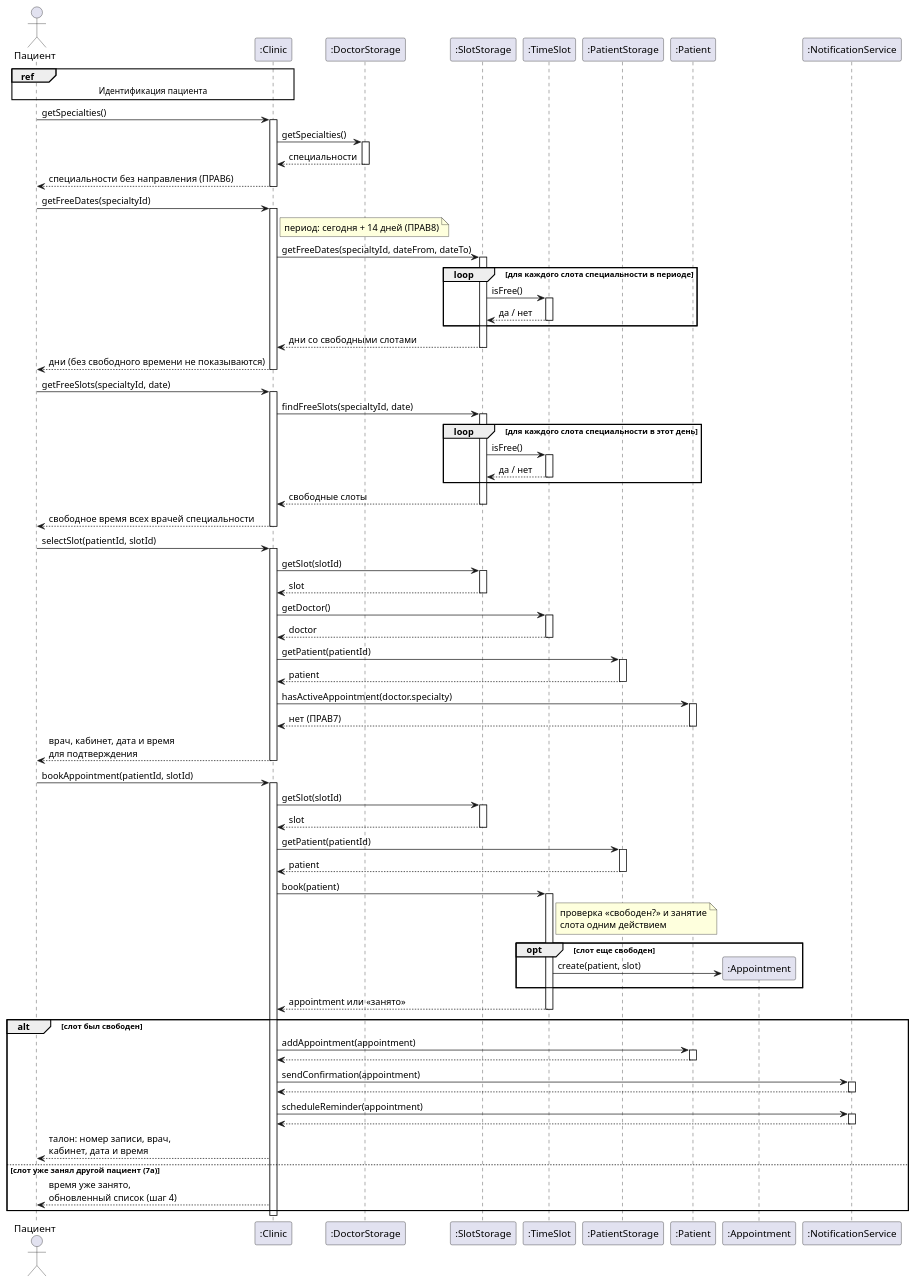
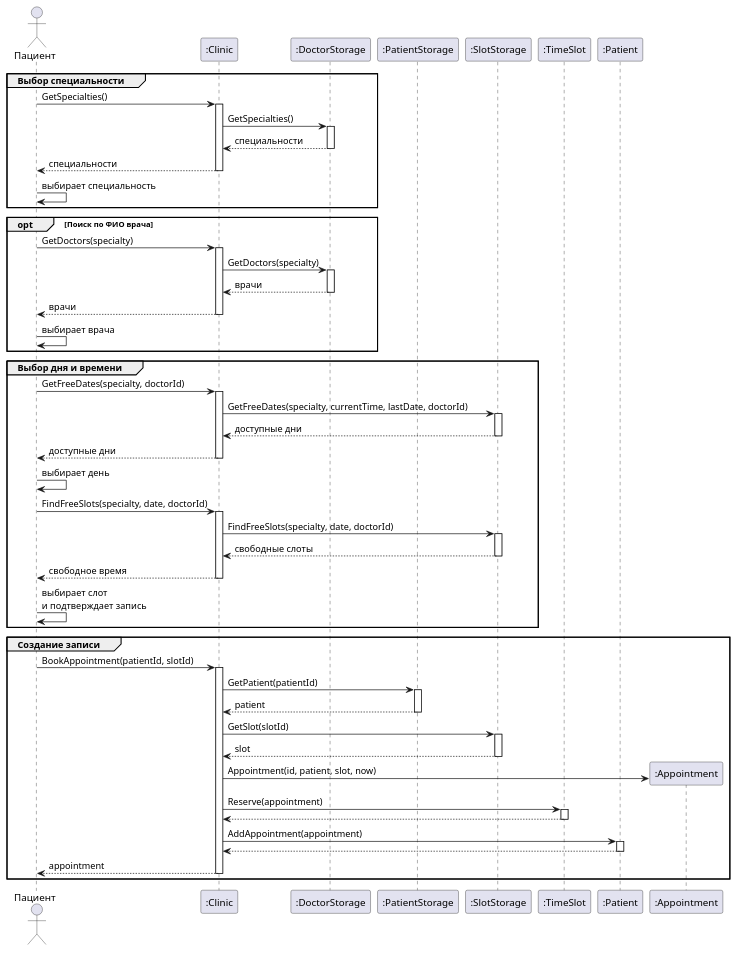
Before and after one commit to penamarth/bsbo-11-24_team3_var3_clinic: the diagram in Прецеденты/Запись на прием/Диаграмма последовательности Запись на прием.md, drawn with PlantUML. The commit also changed other lines of this file and 3 other files, not shown here.

Commit message:
docs: выбор специальности, врача и даты в диаграммах

````diff
--- a/Прецеденты/Запись на прием/Диаграмма последовательности Запись на прием.md
+++ b/Прецеденты/Запись на прием/Диаграмма последовательности Запись на прием.md
@@ -7,75 +9,57 @@
 ```plantuml
 @startuml booking-sequence
 actor Пациент
 participant ":Clinic" as C
 participant ":DoctorStorage" as DS
+participant ":PatientStorage" as PS
 participant ":SlotStorage" as SS
 participant ":TimeSlot" as Slot
-participant ":PatientStorage" as PS
 participant ":Patient" as P
 participant ":Appointment" as A
-participant ":NotificationService" as N
 
-ref over Пациент, C : Идентификация пациента
+group Выбор специальности
+  Пациент -> C ++ : GetSpecialties()
+  C -> DS ++ : GetSpecialties()
+  DS --> C -- : специальности
+  C --> Пациент -- : специальности
+  Пациент -> Пациент : выбирает специальность
+end
 
-Пациент -> C ++ : getSpecialties()
-C -> DS ++ : getSpecialties()
-DS --> C -- : специальности
-C --> Пациент -- : специальности без направления (ПРАВ6)
+opt Поиск по ФИО врача
+  Пациент -> C ++ : GetDoctors(specialty)
+  C -> DS ++ : GetDoctors(specialty)
+  DS --> C -- : врачи
+  C --> Пациент -- : врачи
+  Пациент -> Пациент : выбирает врача
+end
 
-Пациент -> C ++ : getFreeDates(specialtyId)
-note right of C : период: сегодня + 14 дней (ПРАВ8)
-C -> SS ++ : getFreeDates(specialtyId, dateFrom, dateTo)
-loop для каждого слота специальности в периоде
-  SS -> Slot ++ : isFree()
-  Slot --> SS -- : да / нет
+group Выбор дня и времени
+  Пациент -> C ++ : GetFreeDates(specialty, doctorId)
+  C -> SS ++ : GetFreeDates(specialty, currentTime, lastDate, doctorId)
+  SS --> C -- : доступные дни
+  C --> Пациент -- : доступные дни
+  Пациент -> Пациент : выбирает день
+
+  Пациент -> C ++ : FindFreeSlots(specialty, date, doctorId)
+  C -> SS ++ : FindFreeSlots(specialty, date, doctorId)
+  SS --> C -- : свободные слоты
+  C --> Пациент -- : свободное время
+  Пациент -> Пациент : выбирает слот\nи подтверждает запись
 end
-SS --> C -- : дни со свободными слотами
-C --> Пациент -- : дни (без свободного времени не показываются)
 
-Пациент -> C ++ : getFreeSlots(specialtyId, date)
-C -> SS ++ : findFreeSlots(specialtyId, date)
-loop для каждого слота специальности в этот день
-  SS -> Slot ++ : isFree()
-  Slot --> SS -- : да / нет
+group Создание записи
+  Пациент -> C ++ : BookAppointment(patientId, slotId)
+  C -> PS ++ : GetPatient(patientId)
+  PS --> C -- : patient
+  C -> SS ++ : GetSlot(slotId)
+  SS --> C -- : slot
+  C -> A ** : Appointment(id, patient, slot, now)
+  C -> Slot ++ : Reserve(appointment)
+  Slot --> C --
+  C -> P ++ : AddAppointment(appointment)
+  P --> C --
+  C --> Пациент -- : appointment
 end
-SS --> C -- : свободные слоты
-C --> Пациент -- : свободное время всех врачей специальности
-
-Пациент -> C ++ : selectSlot(patientId, slotId)
-C -> SS ++ : getSlot(slotId)
-SS --> C -- : slot
-C -> Slot ++ : getDoctor()
-Slot --> C -- : doctor
-C -> PS ++ : getPatient(patientId)
-PS --> C -- : patient
-C -> P ++ : hasActiveAppointment(doctor.specialty)
-P --> C -- : нет (ПРАВ7)
-C --> Пациент -- : врач, кабинет, дата и время\nдля подтверждения
-
-Пациент -> C ++ : bookAppointment(patientId, slotId)
-C -> SS ++ : getSlot(slotId)
-SS --> C -- : slot
-C -> PS ++ : getPatient(patientId)
-PS --> C -- : patient
-C -> Slot ++ : book(patient)
-note right of Slot : проверка «свободен?» и занятие\nслота одним действием
-opt слот еще свободен
-  Slot -> A ** : create(patient, slot)
-end
-Slot --> C -- : appointment или «занято»
-alt слот был свободен
-  C -> P ++ : addAppointment(appointment)
-  P --> C --
-  C -> N ++ : sendConfirmation(appointment)
-  N --> C --
-  C -> N ++ : scheduleReminder(appointment)
-  N --> C --
-  C --> Пациент : талон: номер записи, врач,\nкабинет, дата и время
-else слот уже занял другой пациент (7а)
-  C --> Пациент : время уже занято,\nобновленный список (шаг 4)
-end
-deactivate C
 
 @enduml
 ```
````
